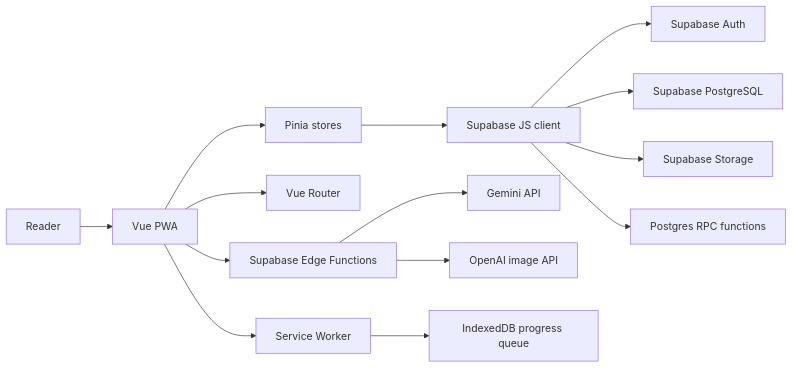
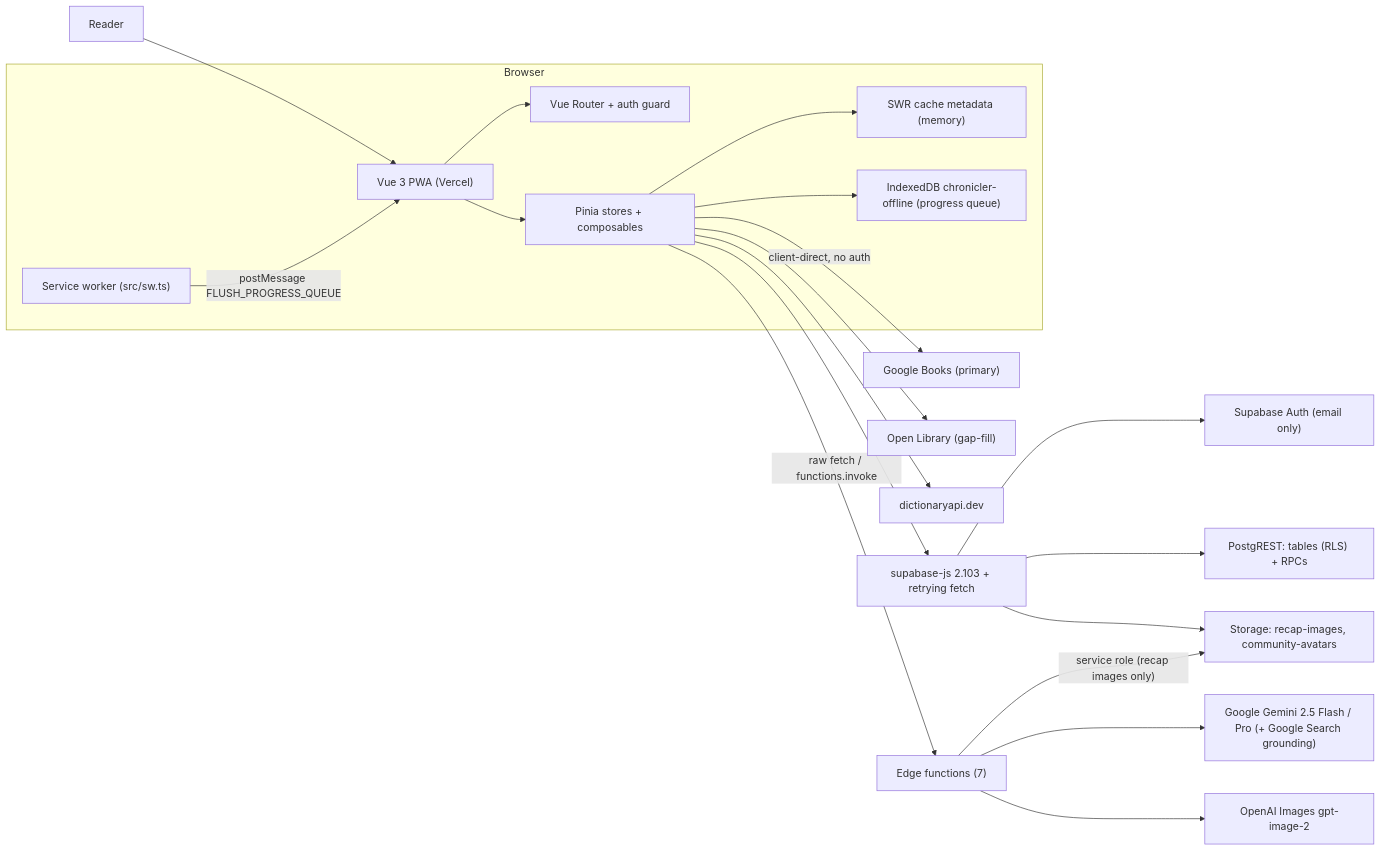
Before and after one commit to RicardoBernardo870/The-Chronicler: the first of 5 diagrams in docs/wiki/Architecture.md, drawn with Mermaid. The commit also changed other lines of this file and 43 other files, not shown here.

````diff
--- a/docs/wiki/Architecture.md
+++ b/docs/wiki/Architecture.md
@@ -11,16 +15,22 @@
 ```mermaid
 flowchart LR
-  User["Reader"] --> PWA["Vue PWA"]
-  PWA --> Pinia["Pinia stores"]
-  PWA --> Router["Vue Router"]
-  PWA --> SW["Service Worker"]
-  Pinia --> SupabaseClient["Supabase JS client"]
-  SupabaseClient --> Auth["Supabase Auth"]
-  SupabaseClient --> DB["Supabase PostgreSQL"]
-  SupabaseClient --> Storage["Supabase Storage"]
-  SupabaseClient --> RPC["Postgres RPC functions"]
-  PWA --> Edge["Supabase Edge Functions"]
-  Edge --> Gemini["Gemini API"]
-  Edge --> OpenAI["OpenAI image API"]
-  SW --> IndexedDB["IndexedDB progress queue"]
+  Reader["Reader"] --> PWA["Vue 3 PWA (Vercel)"]
+  subgraph Browser
+    PWA --> Router["Vue Router + auth guard"]
+    PWA --> Stores["Pinia stores + composables"]
+    Stores --> SWR["SWR cache metadata (memory)"]
+    Stores --> IDB["IndexedDB chronicler-offline (progress queue)"]
+    SW["Service worker (src/sw.ts)"] -->|"postMessage FLUSH_PROGRESS_QUEUE"| PWA
+  end
+  Stores --> SJS["supabase-js 2.103 + retrying fetch"]
+  SJS --> Auth["Supabase Auth (email only)"]
+  SJS --> REST["PostgREST: tables (RLS) + RPCs"]
+  SJS --> Storage["Storage: recap-images, community-avatars"]
+  Stores -->|"raw fetch / functions.invoke"| Edge["Edge functions (7)"]
+  Edge --> Gemini["Google Gemini 2.5 Flash / Pro (+ Google Search grounding)"]
+  Edge --> OpenAI["OpenAI Images gpt-image-2"]
+  Edge -->|"service role (recap images only)"| Storage
+  Stores -->|"client-direct, no auth"| GB["Google Books (primary)"]
+  Stores --> OL["Open Library (gap-fill)"]
+  Stores --> Dict["dictionaryapi.dev"]
 ```
````
